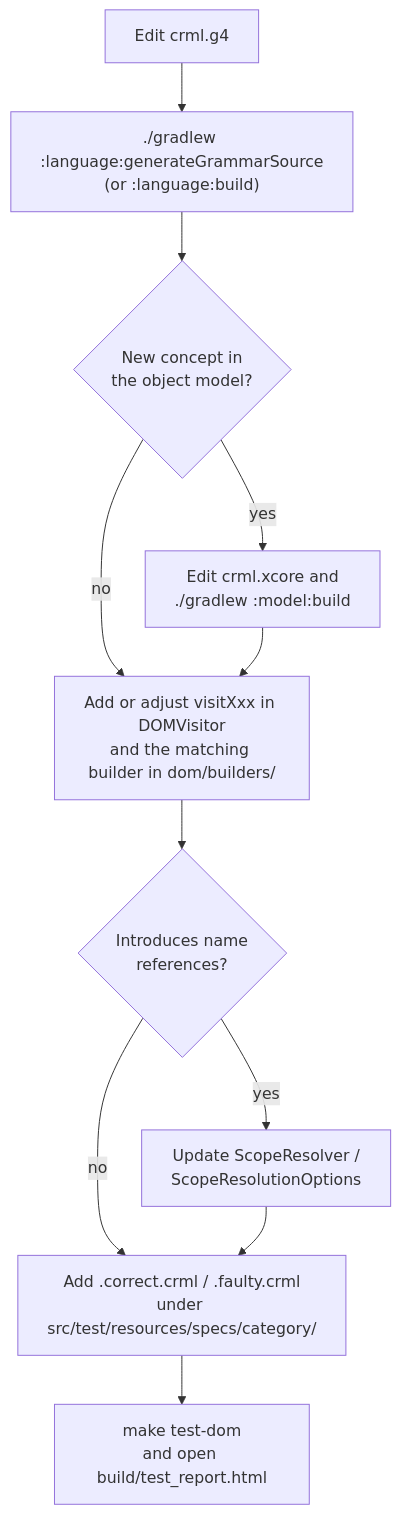
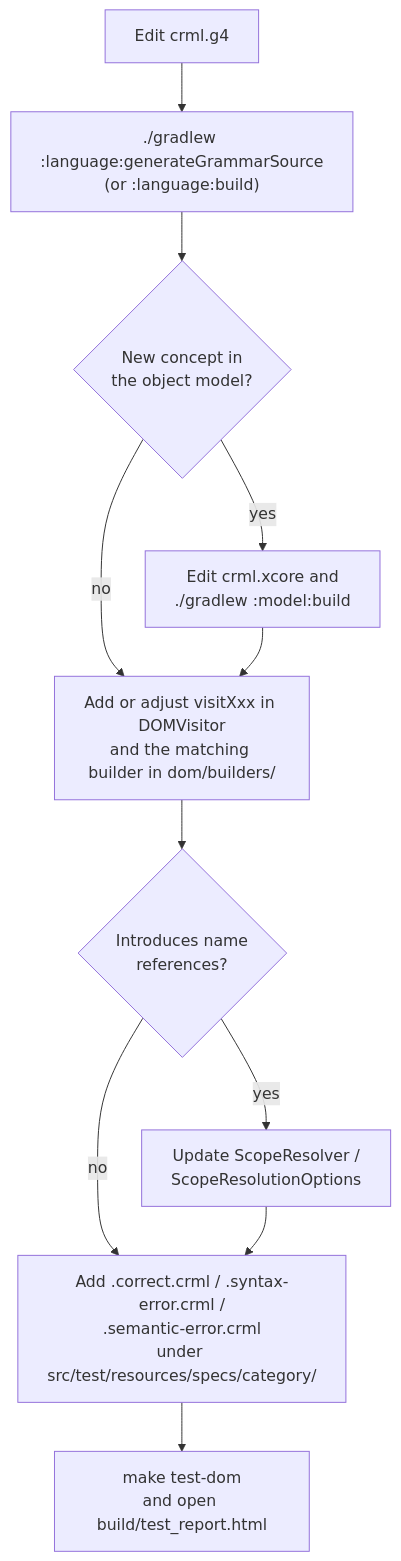
One commit to OpenModelica/CRML changed the seventh of 19 diagrams in documentation/design/developer-guide.md. Above: the diagram before and after it, drawn with Mermaid. The commit also changed other lines of this file and 71 other files, not shown here.

Commit message:
Rework faulty model testing. Differentiate syntax and validation errors.

````diff
--- a/documentation/design/developer-guide.md
+++ b/documentation/design/developer-guide.md
@@ -344,13 +349,13 @@
 ```mermaid
 flowchart TD
     A["Edit crml.g4"] --> B["./gradlew :language:generateGrammarSource<br/>(or :language:build)"]
     B --> C{"New concept in<br/>the object model?"}
     C -- yes --> D["Edit crml.xcore and<br/>./gradlew :model:build"]
     C -- no --> E
     D --> E["Add or adjust visitXxx in DOMVisitor<br/>and the matching builder in dom/builders/"]
     E --> F{"Introduces name<br/>references?"}
     F -- yes --> G["Update ScopeResolver /<br/>ScopeResolutionOptions"]
     F -- no --> H
-    G --> H["Add .correct.crml / .faulty.crml<br/>under src/test/resources/specs/category/"]
+    G --> H["Add .correct.crml / .syntax-error.crml /<br/>.semantic-error.crml<br/>under src/test/resources/specs/category/"]
     H --> I["make test-dom<br/>and open build/test_report.html"]
 ```
````
